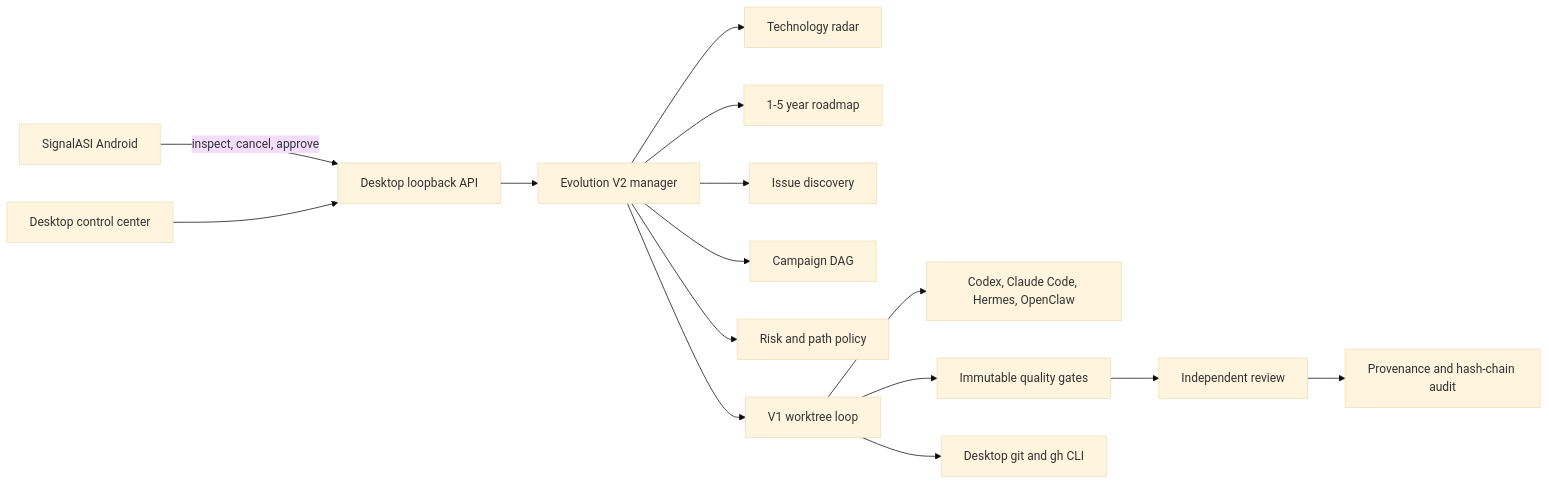
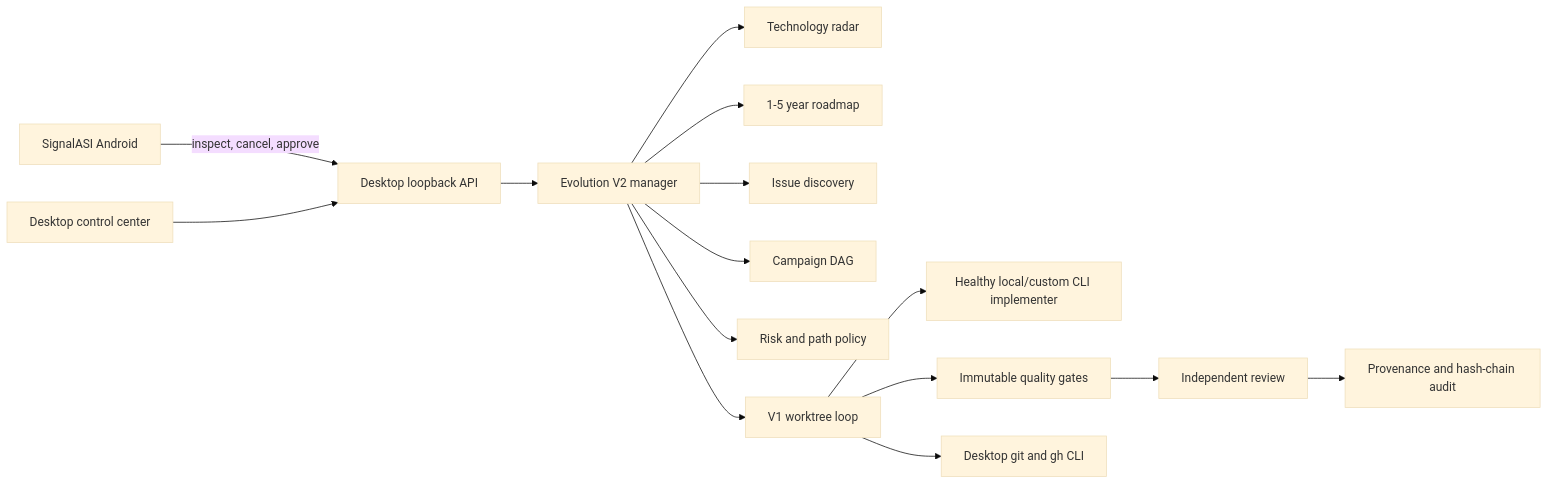
The diagram in docs/architecture/self-evolution-v2.md (galaxyssi/GalaxySSI), drawn with Mermaid (base theme) before and after one commit. The commit also changed other lines of this file and 18 other files, not shown here.

````diff
--- a/docs/architecture/self-evolution-v2.md
+++ b/docs/architecture/self-evolution-v2.md
@@ -9,17 +9,17 @@
 ```mermaid
 flowchart LR
   App["SignalASI Android"] -->|"inspect, cancel, approve"| API["Desktop loopback API"]
   UI["Desktop control center"] --> API
   API --> Manager["Evolution V2 manager"]
   Manager --> Radar["Technology radar"]
   Manager --> Roadmap["1-5 year roadmap"]
   Manager --> Issues["Issue discovery"]
   Manager --> Campaigns["Campaign DAG"]
   Manager --> Policy["Risk and path policy"]
   Manager --> V1["V1 worktree loop"]
-  V1 --> Agents["Codex, Claude Code, Hermes, OpenClaw"]
+  V1 --> Agents["Healthy local/custom CLI implementer"]
   V1 --> Gates["Immutable quality gates"]
   Gates --> Review["Independent review"]
   Review --> Provenance["Provenance and hash-chain audit"]
   V1 --> GitHub["Desktop git and gh CLI"]
 ```
````
